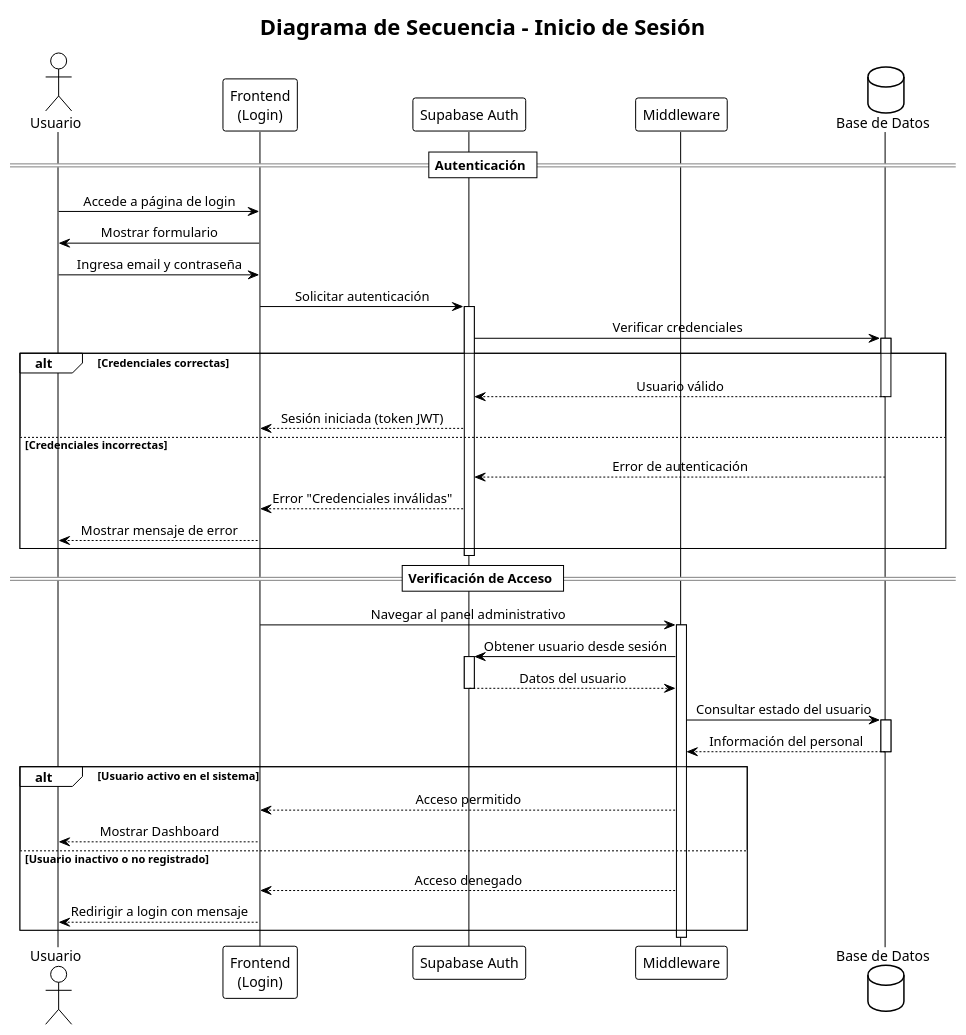
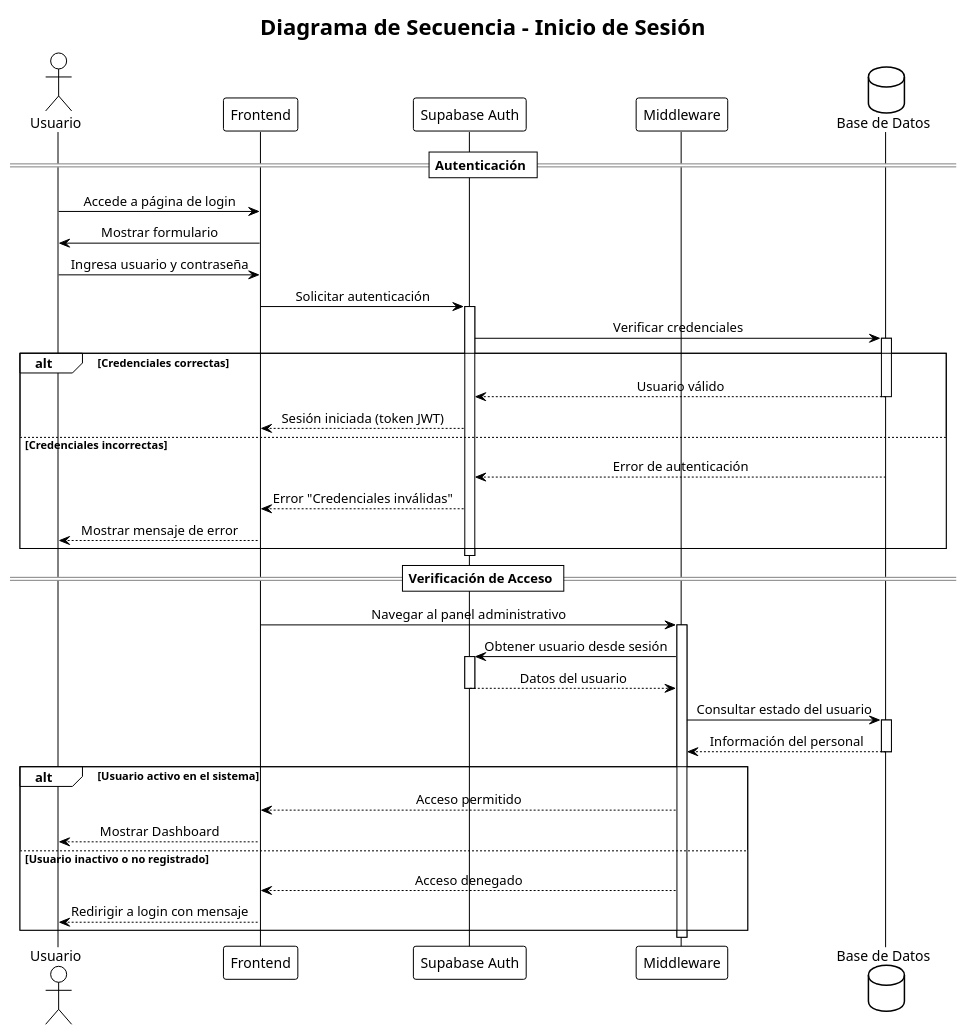
The sixth of 11 diagrams in DIAGRAMAS_UML.md (RDaniloMM/dental-company), drawn with PlantUML before and after one commit. The commit also changed other lines of this file, not shown here.

Commit message:
Corregir formato y mejorar descripciones en diagramas de secuencia: eliminar líneas innecesarias y ajustar nombres de participantes.

````diff
--- a/DIAGRAMAS_UML.md
+++ b/DIAGRAMAS_UML.md
@@ -577,62 +573,62 @@
 ```plantuml
 @startuml Secuencia_Login
 !theme plain
 skinparam sequenceMessageAlign center
 
 title Diagrama de Secuencia - Inicio de Sesión
 
 actor "Usuario" as User
-participant "Frontend\n(Login)" as Frontend
+participant "Frontend" as Frontend
 participant "Supabase Auth" as Auth
 participant "Middleware" as MW
 database "Base de Datos" as DB
 
 == Autenticación ==
 
 User -> Frontend: Accede a página de login
 Frontend -> User: Mostrar formulario
 
-User -> Frontend: Ingresa email y contraseña
+User -> Frontend: Ingresa usuario y contraseña
 Frontend -> Auth: Solicitar autenticación
 activate Auth
 
 Auth -> DB: Verificar credenciales
 activate DB
 
 alt Credenciales correctas
     DB --> Auth: Usuario válido
     deactivate DB
     Auth --> Frontend: Sesión iniciada (token JWT)
 else Credenciales incorrectas
     DB --> Auth: Error de autenticación
     Auth --> Frontend: Error "Credenciales inválidas"
     Frontend --> User: Mostrar mensaje de error
 end
 deactivate Auth
 
 == Verificación de Acceso ==
 
 Frontend -> MW: Navegar al panel administrativo
 activate MW
 
 MW -> Auth: Obtener usuario desde sesión
 activate Auth
 Auth --> MW: Datos del usuario
 deactivate Auth
 
 MW -> DB: Consultar estado del usuario
 activate DB
 DB --> MW: Información del personal
 deactivate DB
 
 alt Usuario activo en el sistema
     MW --> Frontend: Acceso permitido
     Frontend --> User: Mostrar Dashboard
 else Usuario inactivo o no registrado
     MW --> Frontend: Acceso denegado
     Frontend --> User: Redirigir a login con mensaje
 end
 deactivate MW
 
 @enduml
 ```
````
